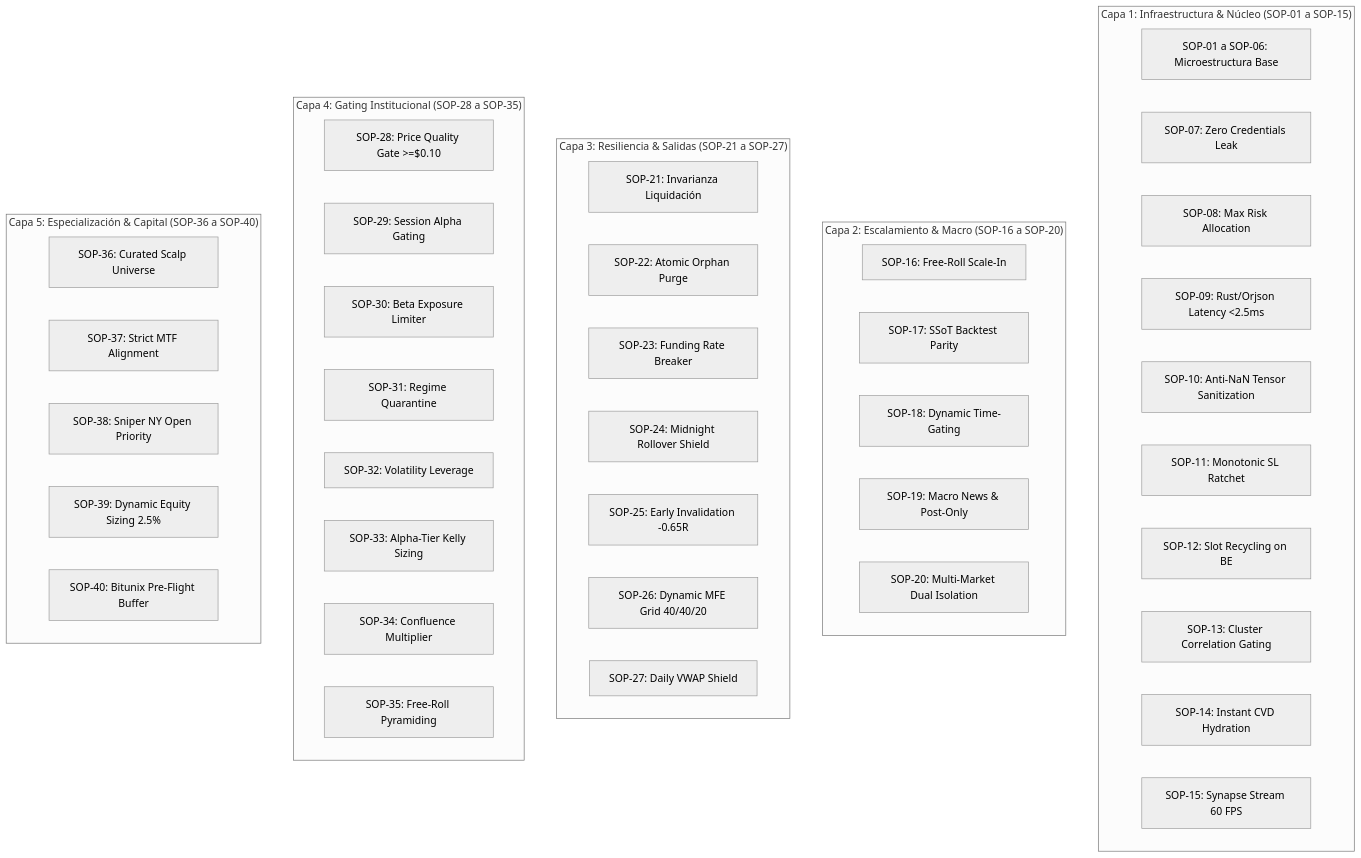
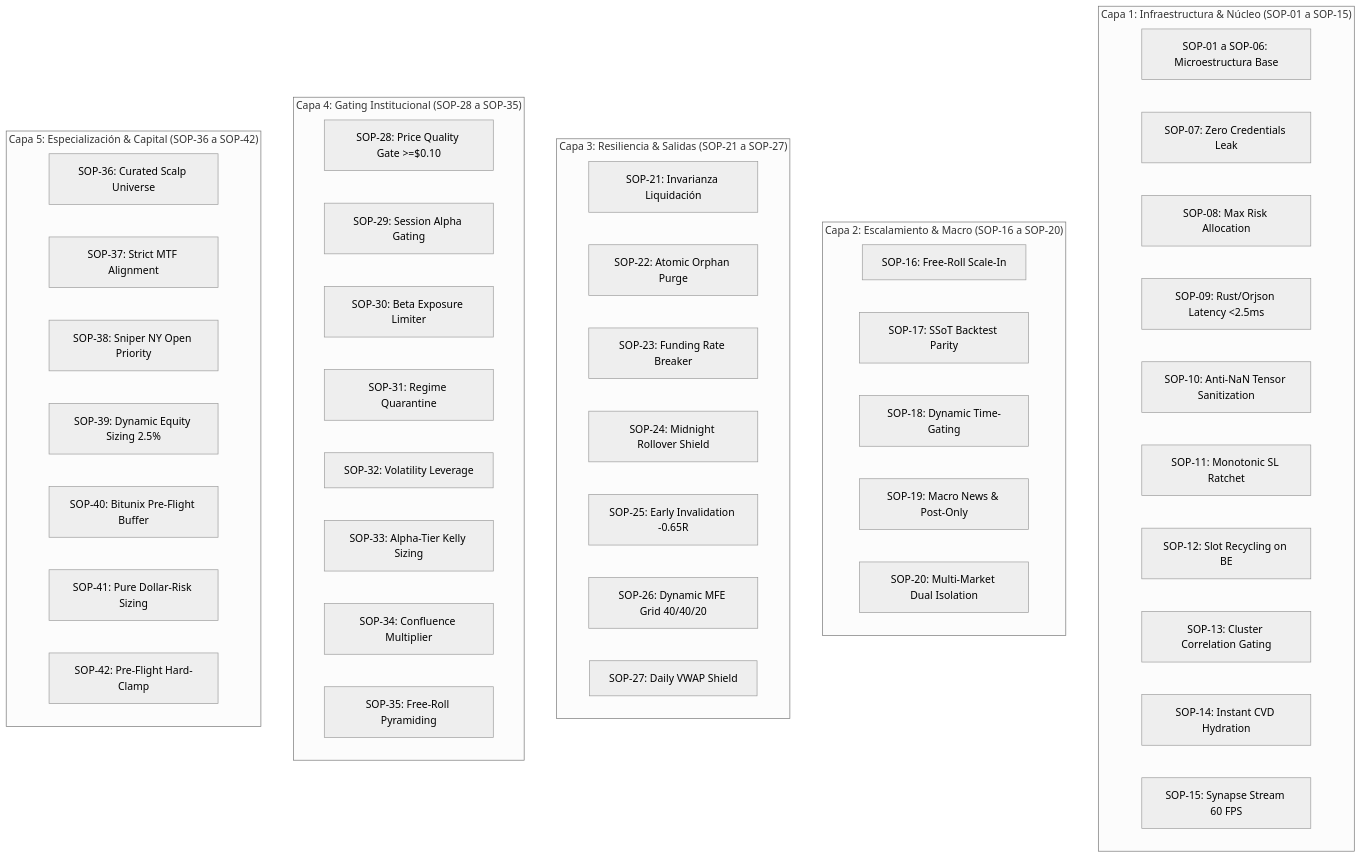
One commit to matiquelmec/Slingshot changed the diagram in docs/SLINGSHOT_BIBLE_V42.md. Above: the diagram before and after it, drawn with Mermaid (neutral theme). The commit also changed other lines of this file and 4 other files, not shown here.

````diff
--- a/docs/SLINGSHOT_BIBLE_V42.md
+++ b/docs/SLINGSHOT_BIBLE_V42.md
@@ -31,52 +31,54 @@
 ```mermaid
 graph TD
     subgraph "Capa 1: Infraestructura & Núcleo (SOP-01 a SOP-15)"
         S01["SOP-01 a SOP-06: Microestructura Base"]
         S07["SOP-07: Zero Credentials Leak"]
         S08["SOP-08: Max Risk Allocation"]
         S09["SOP-09: Rust/Orjson Latency <2.5ms"]
         S10["SOP-10: Anti-NaN Tensor Sanitization"]
         S11["SOP-11: Monotonic SL Ratchet"]
         S12["SOP-12: Slot Recycling on BE"]
         S13["SOP-13: Cluster Correlation Gating"]
         S14["SOP-14: Instant CVD Hydration"]
         S15["SOP-15: Synapse Stream 60 FPS"]
     end
 
     subgraph "Capa 2: Escalamiento & Macro (SOP-16 a SOP-20)"
         S16["SOP-16: Free-Roll Scale-In"]
         S17["SOP-17: SSoT Backtest Parity"]
         S18["SOP-18: Dynamic Time-Gating"]
         S19["SOP-19: Macro News & Post-Only"]
         S20["SOP-20: Multi-Market Dual Isolation"]
     end
 
     subgraph "Capa 3: Resiliencia & Salidas (SOP-21 a SOP-27)"
         S21["SOP-21: Invarianza Liquidación"]
         S22["SOP-22: Atomic Orphan Purge"]
         S23["SOP-23: Funding Rate Breaker"]
         S24["SOP-24: Midnight Rollover Shield"]
         S25["SOP-25: Early Invalidation -0.65R"]
         S26["SOP-26: Dynamic MFE Grid 40/40/20"]
         S27["SOP-27: Daily VWAP Shield"]
     end
 
     subgraph "Capa 4: Gating Institucional (SOP-28 a SOP-35)"
         S28["SOP-28: Price Quality Gate >=$0.10"]
         S29["SOP-29: Session Alpha Gating"]
         S30["SOP-30: Beta Exposure Limiter"]
         S31["SOP-31: Regime Quarantine"]
         S32["SOP-32: Volatility Leverage"]
         S33["SOP-33: Alpha-Tier Kelly Sizing"]
         S34["SOP-34: Confluence Multiplier"]
         S35["SOP-35: Free-Roll Pyramiding"]
     end
 
-    subgraph "Capa 5: Especialización & Capital (SOP-36 a SOP-40)"
+    subgraph "Capa 5: Especialización & Capital (SOP-36 a SOP-42)"
         S36["SOP-36: Curated Scalp Universe"]
         S37["SOP-37: Strict MTF Alignment"]
         S38["SOP-38: Sniper NY Open Priority"]
         S39["SOP-39: Dynamic Equity Sizing 2.5%"]
         S40["SOP-40: Bitunix Pre-Flight Buffer"]
+        S41["SOP-41: Pure Dollar-Risk Sizing"]
+        S42["SOP-42: Pre-Flight Hard-Clamp"]
     end
 ```
````
